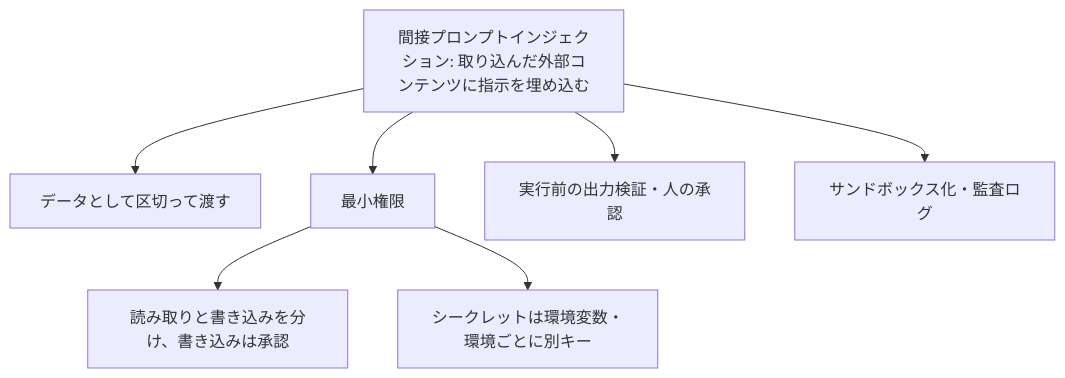
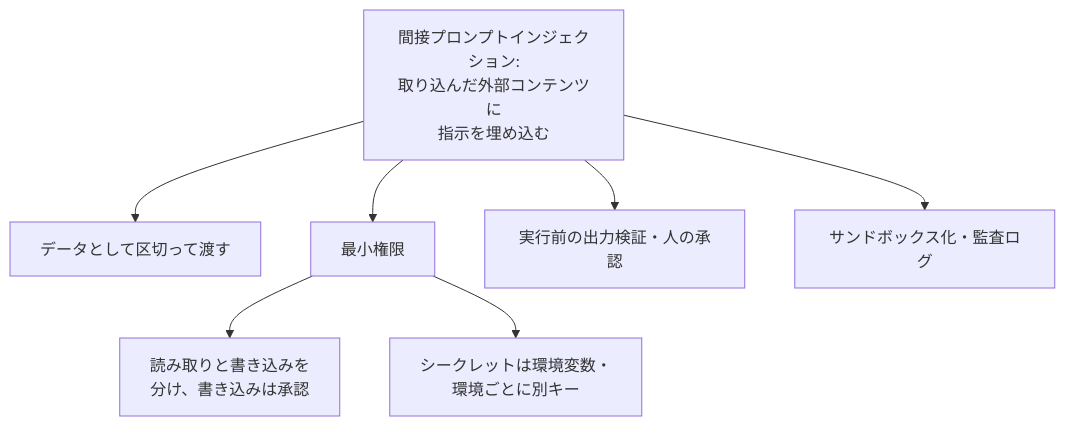
One commit to shingo0321/study changed the seventh of 9 diagrams in claude/developer-foundations/overview.md. Above: the diagram before and after it, drawn with Mermaid. The commit also changed other lines of this file and 5 other files, not shown here.

First line of the commit message:
Mermaid俯瞰図を横スクロールなしで表示できるよう調整

````diff
--- a/claude/developer-foundations/overview.md
+++ b/claude/developer-foundations/overview.md
@@ -179,9 +179,9 @@
 ```mermaid
 flowchart TD
-  INJ["間接プロンプトインジェクション: 取り込んだ外部コンテンツに指示を埋め込む"] --> D1["データとして区切って渡す"]
+  INJ["間接プロンプトインジェクション:<br/>取り込んだ外部コンテンツに<br/>指示を埋め込む"] --> D1["データとして区切って渡す"]
   INJ --> D2["最小権限"]
   INJ --> D3["実行前の出力検証・人の承認"]
   INJ --> D4["サンドボックス化・監査ログ"]
-  D2 --> D2a["読み取りと書き込みを分け、書き込みは承認"]
-  D2 --> D2b["シークレットは環境変数・環境ごとに別キー"]
+  D2 --> D2a["読み取りと書き込みを<br/>分け、書き込みは承認"]
+  D2 --> D2b["シークレットは環境変数・<br/>環境ごとに別キー"]
 ```
````
